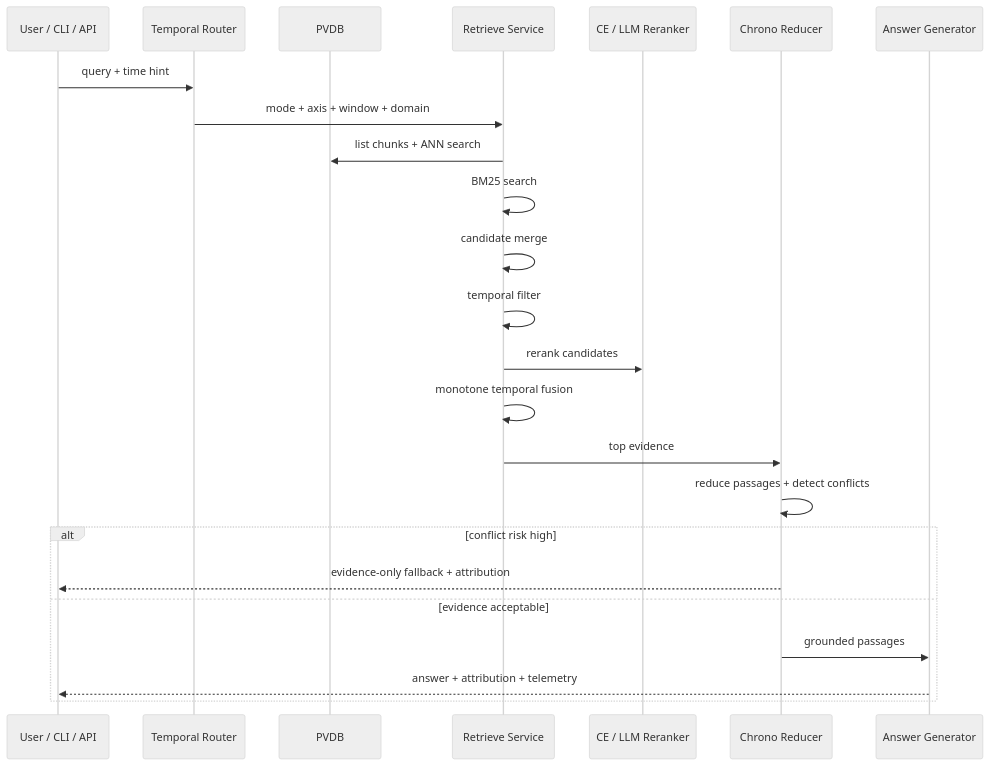
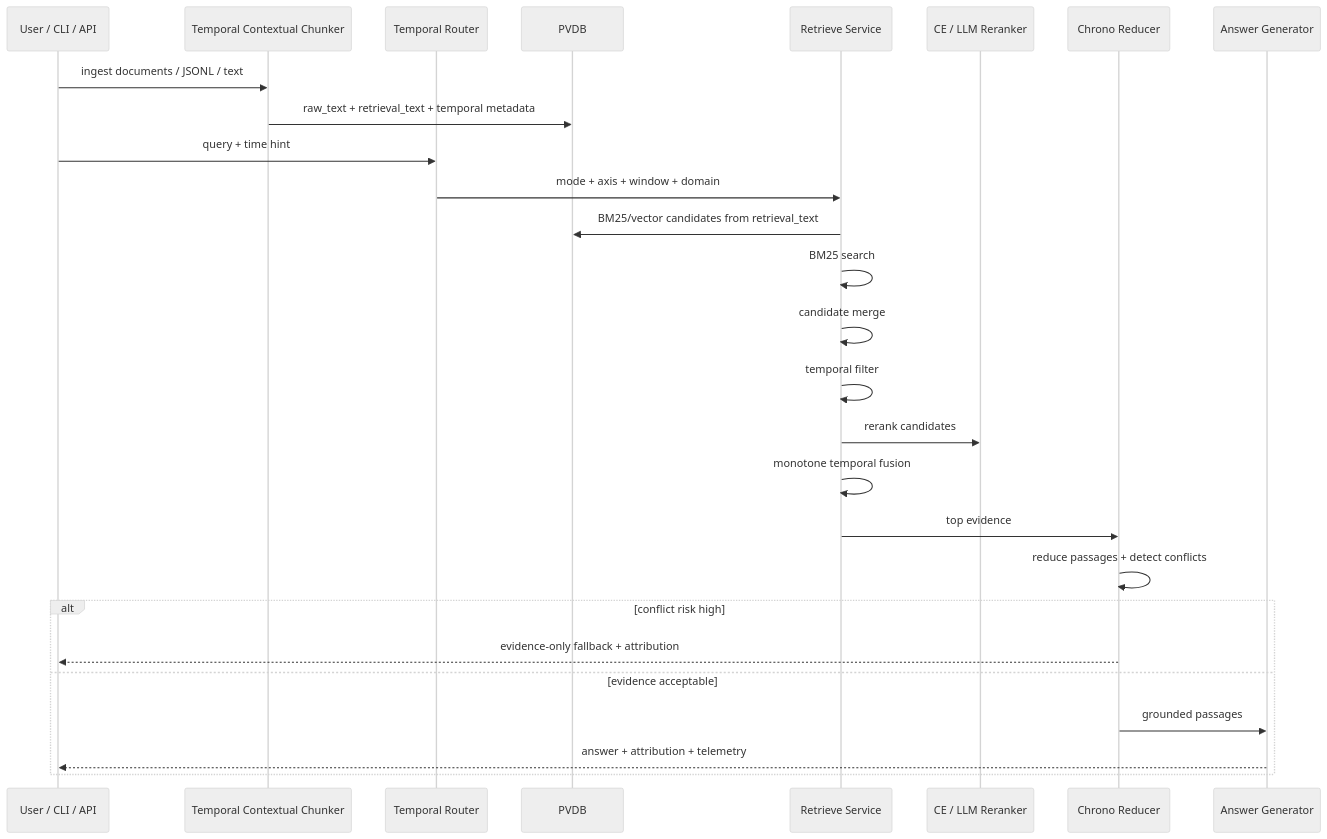
One commit to SSKG2602/chronorag-acv changed the diagram in docs/ARCHITECTURE.md. Above: the diagram before and after it, drawn with Mermaid (neutral theme). The commit also changed other lines of this file and 38 other files, not shown here.

Commit message:
Add Vertex provider mode and temporal contextual benchmark

````diff
--- a/docs/ARCHITECTURE.md
+++ b/docs/ARCHITECTURE.md
@@ -87,27 +105,30 @@
 ```mermaid
 sequenceDiagram
     participant U as User / CLI / API
+    participant Chunker as Temporal Contextual Chunker
     participant Router as Temporal Router
     participant PVDB as PVDB
     participant Retriever as Retrieve Service
     participant Reranker as CE / LLM Reranker
     participant Reducer as Chrono Reducer
     participant Generator as Answer Generator
 
+    U->>Chunker: ingest documents / JSONL / text
+    Chunker->>PVDB: raw_text + retrieval_text + temporal metadata
     U->>Router: query + time hint
     Router->>Retriever: mode + axis + window + domain
-    Retriever->>PVDB: list chunks + ANN search
+    Retriever->>PVDB: BM25/vector candidates from retrieval_text
     Retriever->>Retriever: BM25 search
     Retriever->>Retriever: candidate merge
     Retriever->>Retriever: temporal filter
     Retriever->>Reranker: rerank candidates
     Retriever->>Retriever: monotone temporal fusion
     Retriever->>Reducer: top evidence
     Reducer->>Reducer: reduce passages + detect conflicts
     alt conflict risk high
         Reducer-->>U: evidence-only fallback + attribution
     else evidence acceptable
         Reducer->>Generator: grounded passages
         Generator-->>U: answer + attribution + telemetry
     end
 ```
````
